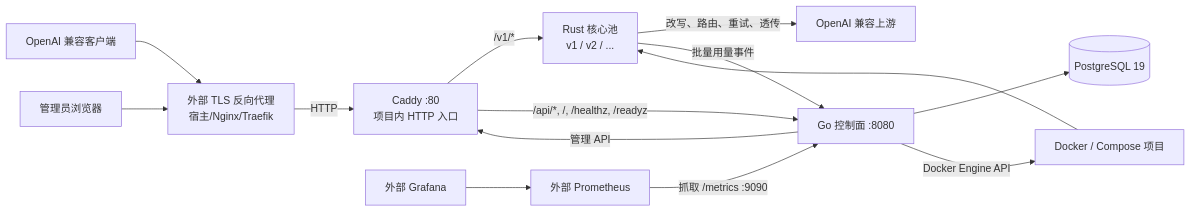
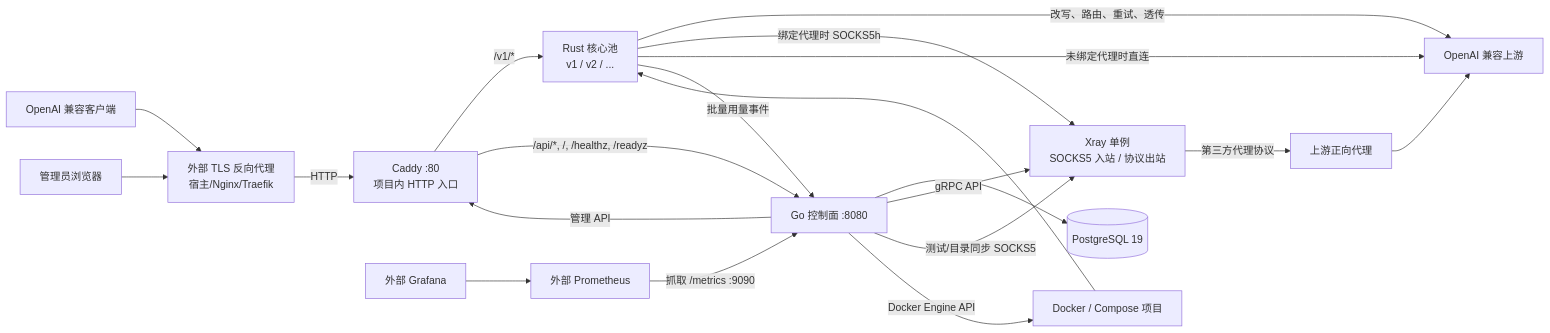
Before and after one commit to IvanLi-CN/token-ne: the first of 8 diagrams in docs/architecture.md, drawn with Mermaid. The commit also changed other lines of this file and 5 other files, not shown here.

First line of the commit message:
docs: align architecture, protocol and schemas with egress proxy and auto-prune

````diff
--- a/docs/architecture.md
+++ b/docs/architecture.md
@@ -26,16 +28,22 @@
 ```mermaid
 flowchart LR
     Client["OpenAI 兼容客户端"] --> TLS["外部 TLS 反向代理<br/>宿主/Nginx/Traefik"]
     TLS -->|"HTTP"| Caddy["Caddy :80<br/>项目内 HTTP 入口"]
     Caddy -->|"/v1/*"| Pool["Rust 核心池<br/>v1 / v2 / ..."]
     Caddy -->|"/api/*, /, /healthz, /readyz"| API["Go 控制面 :8080"]
     Pool -->|"改写、路由、重试、透传"| Upstream["OpenAI 兼容上游"]
+    Pool -->|"绑定代理时 SOCKS5h"| Xray["Xray 单例<br/>SOCKS5 入站 / 协议出站"]
+    Xray -->|"第三方代理协议"| Forward["上游正向代理"]
+    Forward --> Upstream
+    Pool -->|"未绑定代理时直连"| Upstream
     Pool -->|"批量用量事件"| API
     API --> PG[("PostgreSQL 19")]
     API -->|"管理 API"| Caddy
+    API -->|"gRPC API"| Xray
+    API -->|"测试/目录同步 SOCKS5"| Xray
     API -->|"Docker Engine API"| Docker["Docker / Compose 项目"]
     Docker --> Pool
     Prom["外部 Prometheus"] -->|"抓取 /metrics :9090"| API
     Grafana["外部 Grafana"] --> Prom
     Browser["管理员浏览器"] --> TLS
 ```
````
